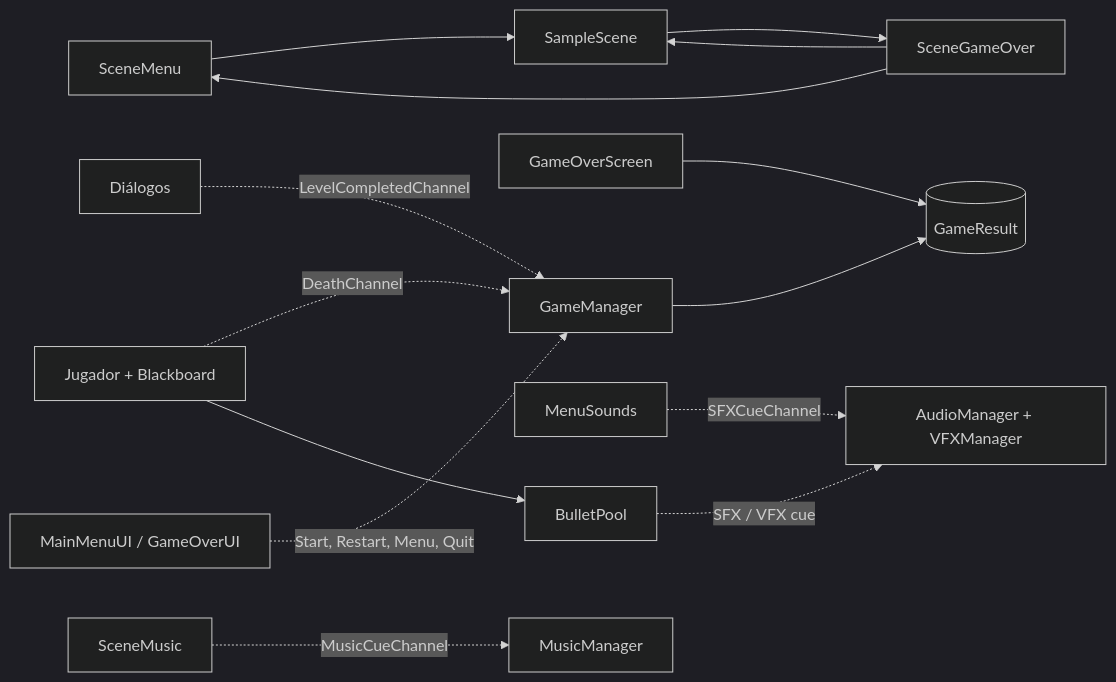
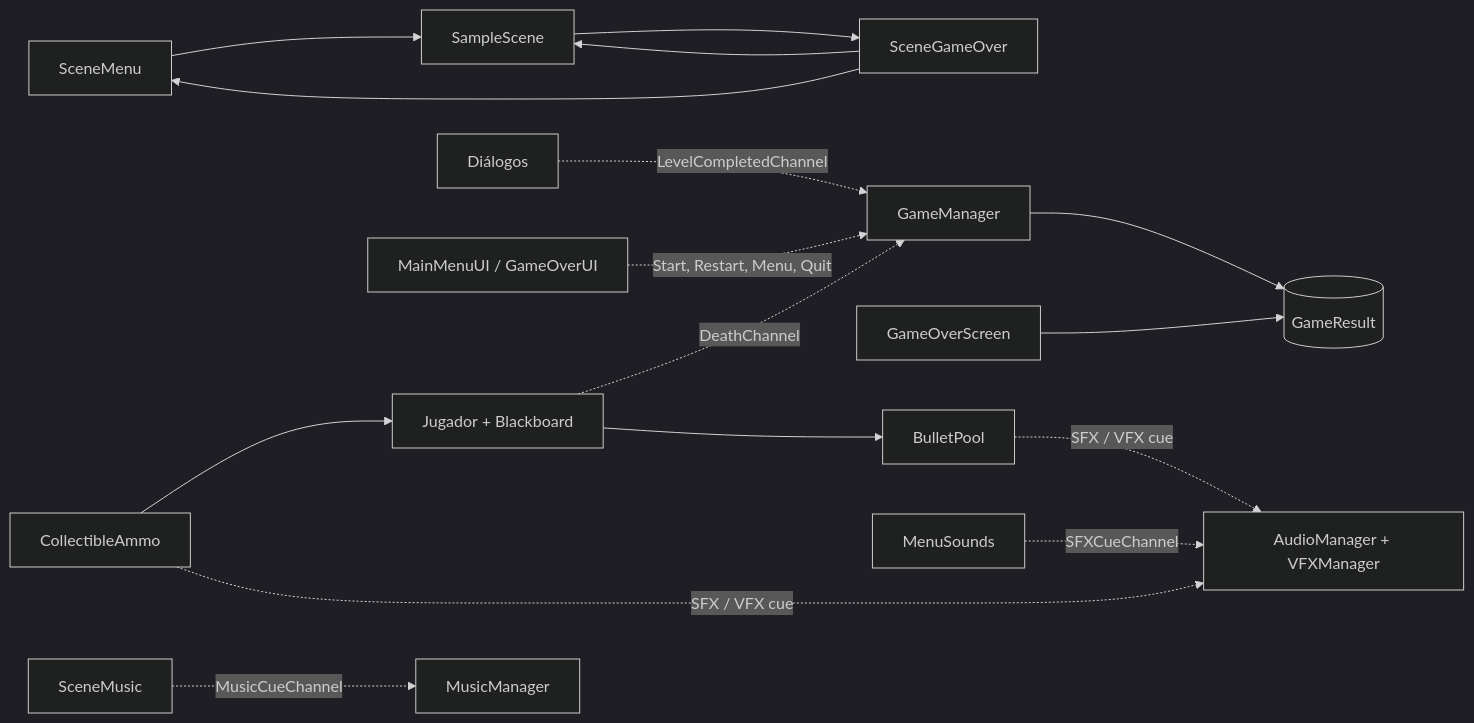
One commit to JulianCortes729/The-Slime-s-Warden changed the diagram in docs/arquitectura.md. Above: the diagram before and after it, drawn with Mermaid (dark theme). The commit also changed other lines of this file and 26 other files, not shown here.

````diff
--- a/docs/arquitectura.md
+++ b/docs/arquitectura.md
@@ -11,16 +11,18 @@
 ```mermaid
 flowchart LR
   Menu["SceneMenu"] --> Nivel["SampleScene"]
   Nivel --> Fin["SceneGameOver"]
   Fin --> Nivel
   Fin --> Menu
   Jugador["Jugador + Blackboard"] -. "DeathChannel" .-> GM["GameManager"]
   Dialogo["Diálogos"] -. "LevelCompletedChannel" .-> GM
   UI["MainMenuUI / GameOverUI"] -. "Start, Restart, Menu, Quit" .-> GM
   GM --> Result[(GameResult)]
   Pantalla["GameOverScreen"] --> Result
   Jugador --> Balas["BulletPool"]
+  Coleccion["CollectibleAmmo"] --> Jugador
   Balas -. "SFX / VFX cue" .-> Audio["AudioManager + VFXManager"]
+  Coleccion -. "SFX / VFX cue" .-> Audio
   Sonidos["MenuSounds"] -. "SFXCueChannel" .-> Audio
   Musica["SceneMusic"] -. "MusicCueChannel" .-> MM["MusicManager"]
 ```
````
